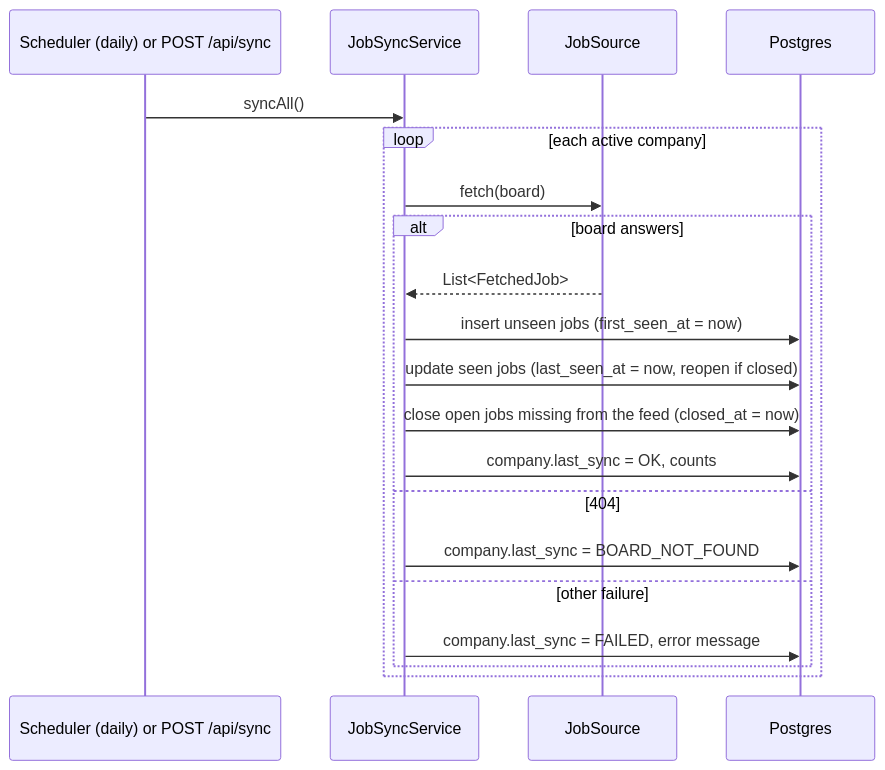
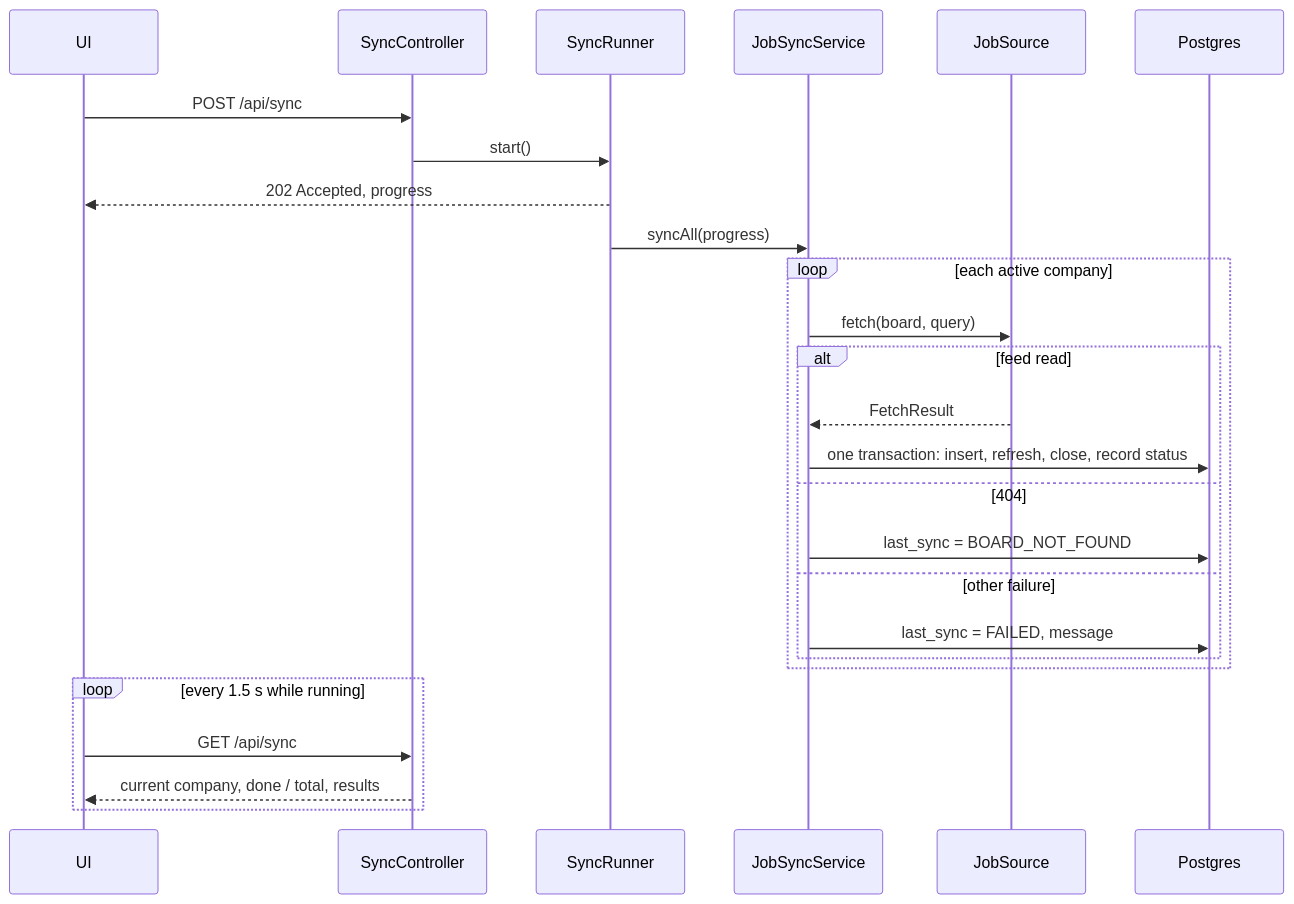
One commit to TechByChibuzo/job-search-assistant changed the third of 5 diagrams in docs/architecture.md. Above: the diagram before and after it, drawn with Mermaid. The commit also changed other lines of this file and 7 other files, not shown here.

````diff
--- a/docs/architecture.md
+++ b/docs/architecture.md
@@ -117,22 +164,28 @@
 ```mermaid
 sequenceDiagram
-    participant S as Scheduler (daily) or POST /api/sync
+    participant U as UI
+    participant A as SyncController
+    participant R as SyncRunner
     participant Y as JobSyncService
     participant C as JobSource
     participant D as Postgres
-    S->>Y: syncAll()
+    U->>A: POST /api/sync
+    A->>R: start()
+    R-->>U: 202 Accepted, progress
+    R->>Y: syncAll(progress)
     loop each active company
-        Y->>C: fetch(board)
-        alt board answers
-            C-->>Y: List<FetchedJob>
-            Y->>D: insert unseen jobs (first_seen_at = now)
-            Y->>D: update seen jobs (last_seen_at = now, reopen if closed)
-            Y->>D: close open jobs missing from the feed (closed_at = now)
-            Y->>D: company.last_sync = OK, counts
+        Y->>C: fetch(board, query)
+        alt feed read
+            C-->>Y: FetchResult
+            Y->>D: one transaction: insert, refresh, close, record status
         else 404
-            Y->>D: company.last_sync = BOARD_NOT_FOUND
+            Y->>D: last_sync = BOARD_NOT_FOUND
         else other failure
-            Y->>D: company.last_sync = FAILED, error message
+            Y->>D: last_sync = FAILED, message
         end
     end
+    loop every 1.5 s while running
+        U->>A: GET /api/sync
+        A-->>U: current company, done / total, results
+    end
 ```
````
